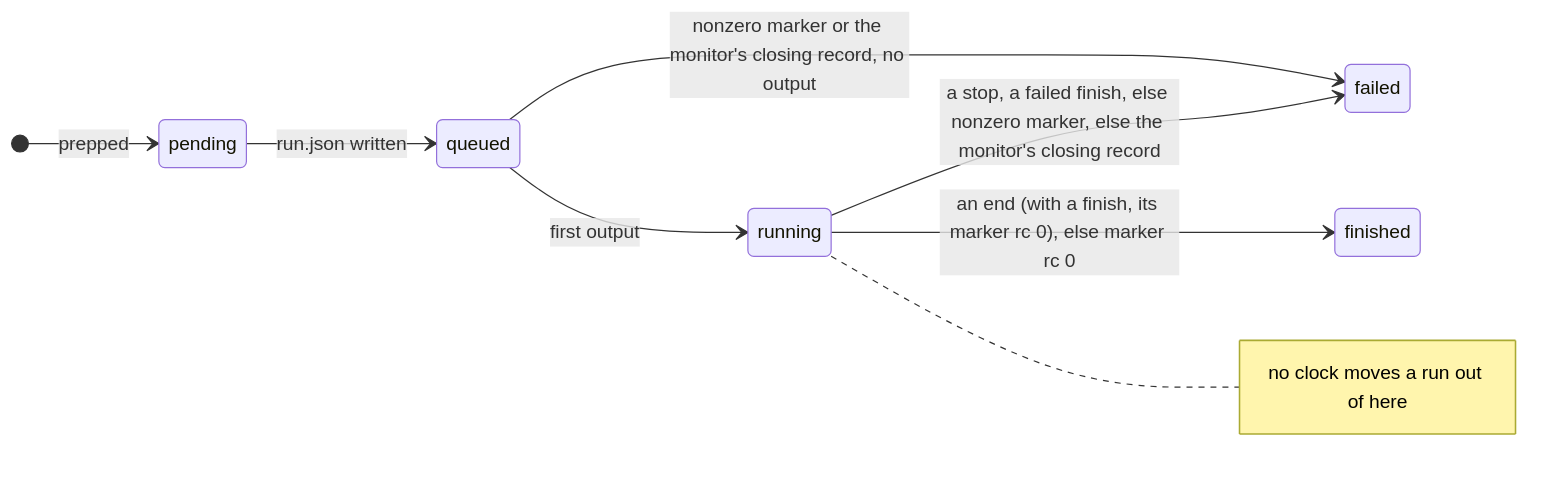
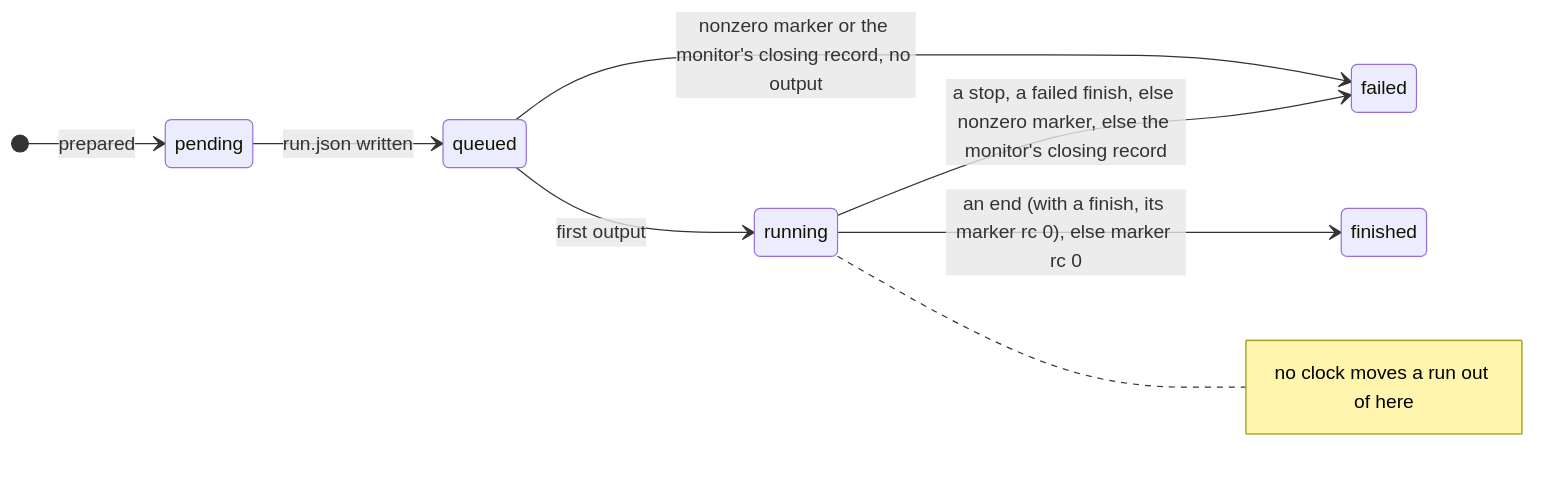
Before and after one commit to Qing-LAB/molbuilder: the fourth of 6 diagrams in docs/execution/running-a-job.md, drawn with Mermaid. The commit also changed other lines of this file and 30 other files, not shown here.

````diff
--- a/docs/execution/running-a-job.md
+++ b/docs/execution/running-a-job.md
@@ -727,11 +728,11 @@
 ```mermaid
 stateDiagram-v2
     direction LR
-    [*] --> pending: prepped
+    [*] --> pending: prepared
     pending --> queued: run.json written
     queued --> running: first output
     queued --> failed: nonzero marker or the monitor's closing record, no output
     running --> finished: an end (with a finish, its marker rc 0), else marker rc 0
     running --> failed: a stop, a failed finish, else nonzero marker, else the monitor's closing record
     note right of running: no clock moves a run out of here
 ```
````
